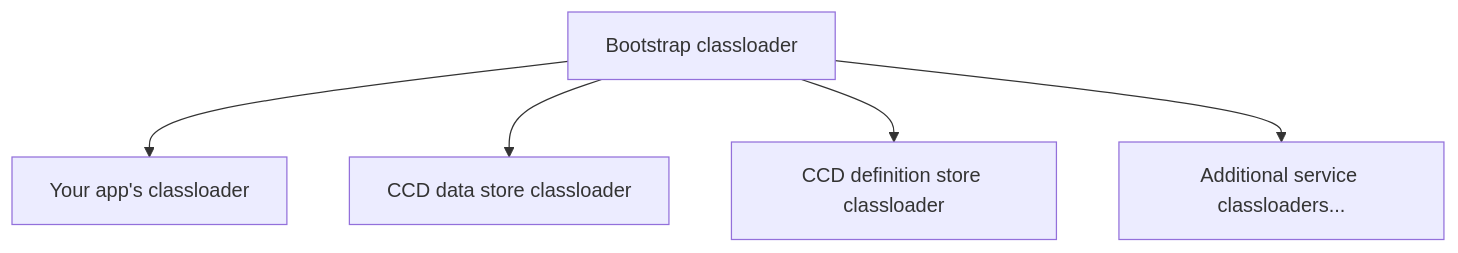
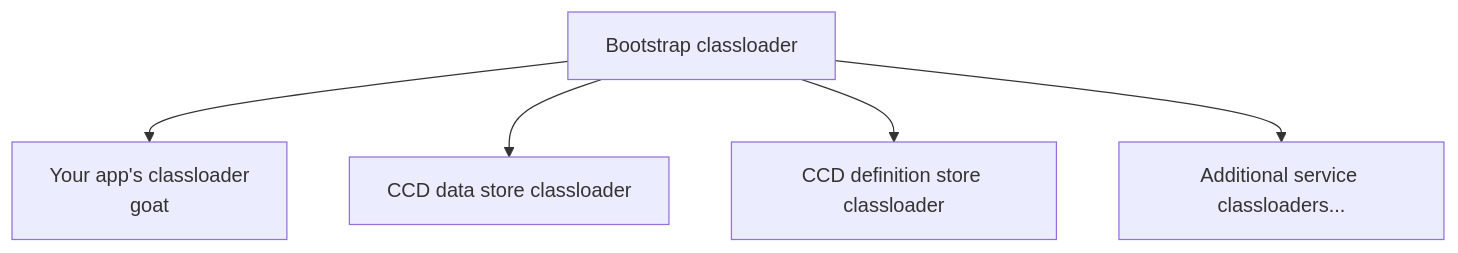
One commit to hmcts/rse-cft-lib changed the diagram in README.md. Above: the diagram before and after it, drawn with Mermaid. The commit also changed other lines of this file, not shown here.

````diff
--- a/README.md
+++ b/README.md
@@ -261,7 +261,7 @@
 ```mermaid
 graph TD;
-    boot[Bootstrap classloader]-->app[Your app's classloader];
+    boot[Bootstrap classloader]-->app[Your app's classloader<br>goat];
     boot-->datastore[CCD data store classloader];
     boot-->definition[CCD definition store classloader];
     boot-->etc[Additional service classloaders...];
 ```
````
